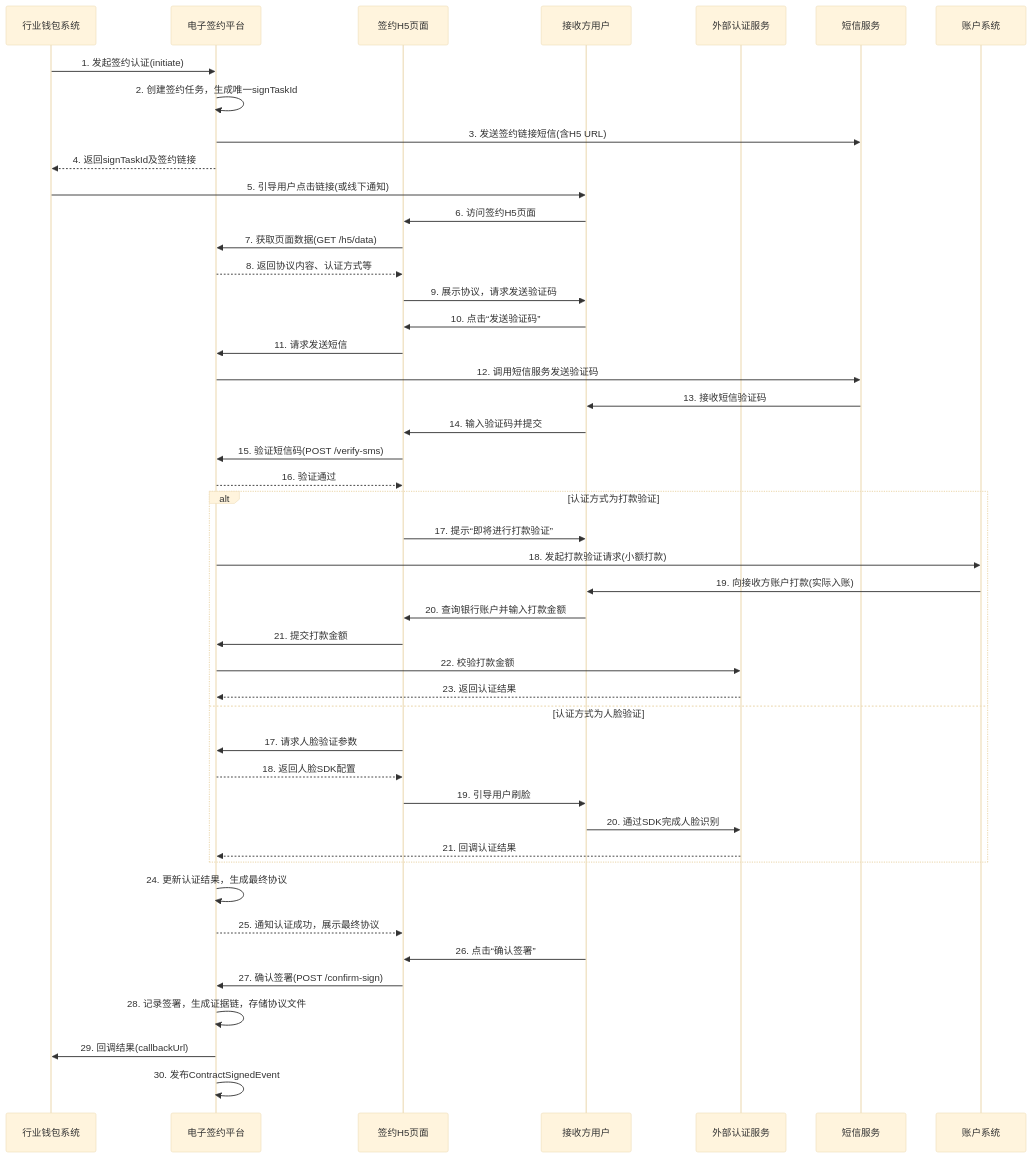
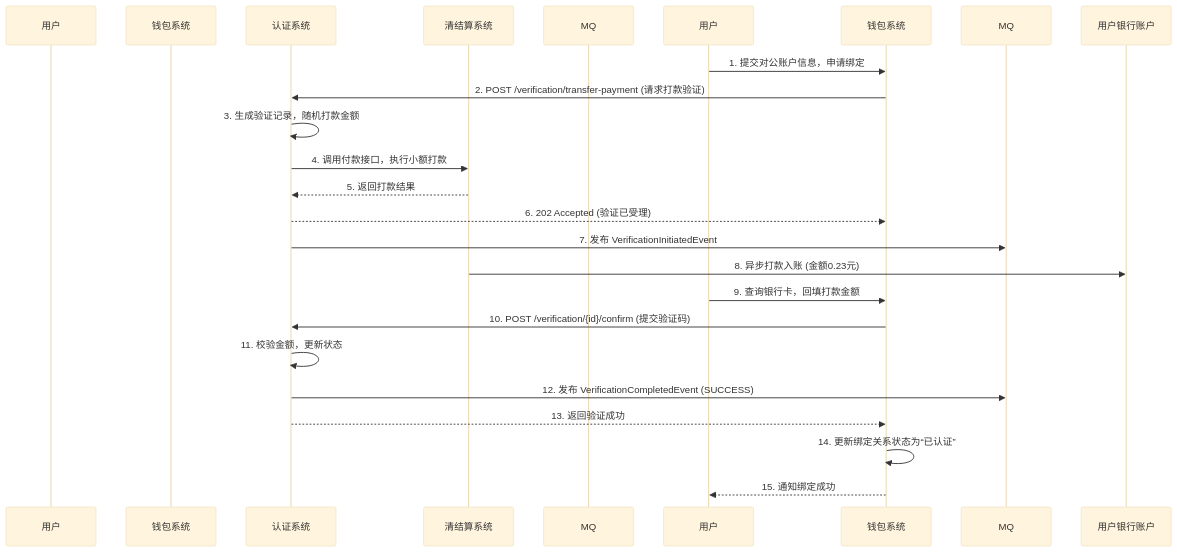
Before and after one commit to youzi211/AiCoding: the eighth of 28 diagrams in data/天财分账需求/gpt-5.2/output/final_design_document.md, drawn with Mermaid (base theme). The commit also changed other lines of this file and 93 other files, not shown here.

````diff
--- a/data/天财分账需求/gpt-5.2/output/final_design_document.md
+++ b/data/天财分账需求/gpt-5.2/output/final_design_document.md
@@ -995,52 +1026,26 @@
 ```mermaid
 sequenceDiagram
-    participant Wallet as 行业钱包系统
-    participant ES as 电子签约平台
-    participant H5 as 签约H5页面
-    participant Receiver as 接收方用户
-    participant AuthSvc as 外部认证服务
-    participant SMS as 短信服务
-    participant Acct as 账户系统
+    participant 门店/总部 as 用户
+    participant 行业钱包系统 as 钱包系统
+    participant 认证系统
+    participant 清结算系统
+    participant 消息队列 as MQ
 
-    Wallet->>ES: 1. 发起签约认证(initiate)
-    ES->>ES: 2. 创建签约任务，生成唯一signTaskId
-    ES->>SMS: 3. 发送签约链接短信(含H5 URL)
-    ES-->>Wallet: 4. 返回signTaskId及签约链接
-    Wallet->>Receiver: 5. 引导用户点击链接(或线下通知)
-
-    Receiver->>H5: 6. 访问签约H5页面
-    H5->>ES: 7. 获取页面数据(GET /h5/data)
-    ES-->>H5: 8. 返回协议内容、认证方式等
-    H5->>Receiver: 9. 展示协议，请求发送验证码
-    Receiver->>H5: 10. 点击“发送验证码”
-    H5->>ES: 11. 请求发送短信
-    ES->>SMS: 12. 调用短信服务发送验证码
-    SMS->>Receiver: 13. 接收短信验证码
-    Receiver->>H5: 14. 输入验证码并提交
-    H5->>ES: 15. 验证短信码(POST /verify-sms)
-    ES-->>H5: 16. 验证通过
-
-    alt 认证方式为打款验证
-        H5->>Receiver: 17. 提示“即将进行打款验证”
-        ES->>Acct: 18. 发起打款验证请求(小额打款)
-        Acct->>Receiver: 19. 向接收方账户打款(实际入账)
-        Receiver->>H5: 20. 查询银行账户并输入打款金额
-        H5->>ES: 21. 提交打款金额
-        ES->>AuthSvc: 22. 校验打款金额
-        AuthSvc-->>ES: 23. 返回认证结果
-    else 认证方式为人脸验证
-        H5->>ES: 17. 请求人脸验证参数
-        ES-->>H5: 18. 返回人脸SDK配置
-        H5->>Receiver: 19. 引导用户刷脸
-        Receiver->>AuthSvc: 20. 通过SDK完成人脸识别
-        AuthSvc-->>ES: 21. 回调认证结果
-    end
-
-    ES->>ES: 24. 更新认证结果，生成最终协议
-    ES-->>H5: 25. 通知认证成功，展示最终协议
-    Receiver->>H5: 26. 点击“确认签署”
-    H5->>ES: 27. 确认签署(POST /confirm-sign)
-    ES->>ES: 28. 记录签署，生成证据链，存储协议文件
-    ES->>Wallet: 29. 回调结果(callbackUrl)
-    ES->>ES: 30. 发布ContractSignedEvent
+    用户->>钱包系统: 1. 提交对公账户信息，申请绑定
+    钱包系统->>认证系统: 2. POST /verification/transfer-payment (请求打款验证)
+    认证系统->>认证系统: 3. 生成验证记录，随机打款金额
+    认证系统->>清结算系统: 4. 调用付款接口，执行小额打款
+    清结算系统-->>认证系统: 5. 返回打款结果
+    认证系统-->>钱包系统: 6. 202 Accepted (验证已受理)
+    认证系统->>MQ: 7. 发布 VerificationInitiatedEvent
+    
+    清结算系统->>用户银行账户: 8. 异步打款入账 (金额0.23元)
+    
+    用户->>钱包系统: 9. 查询银行卡，回填打款金额
+    钱包系统->>认证系统: 10. POST /verification/{id}/confirm (提交验证码)
+    认证系统->>认证系统: 11. 校验金额，更新状态
+    认证系统->>MQ: 12. 发布 VerificationCompletedEvent (SUCCESS)
+    认证系统-->>钱包系统: 13. 返回验证成功
+    钱包系统->>钱包系统: 14. 更新绑定关系状态为“已认证”
+    钱包系统-->>用户: 15. 通知绑定成功
 ```
````
